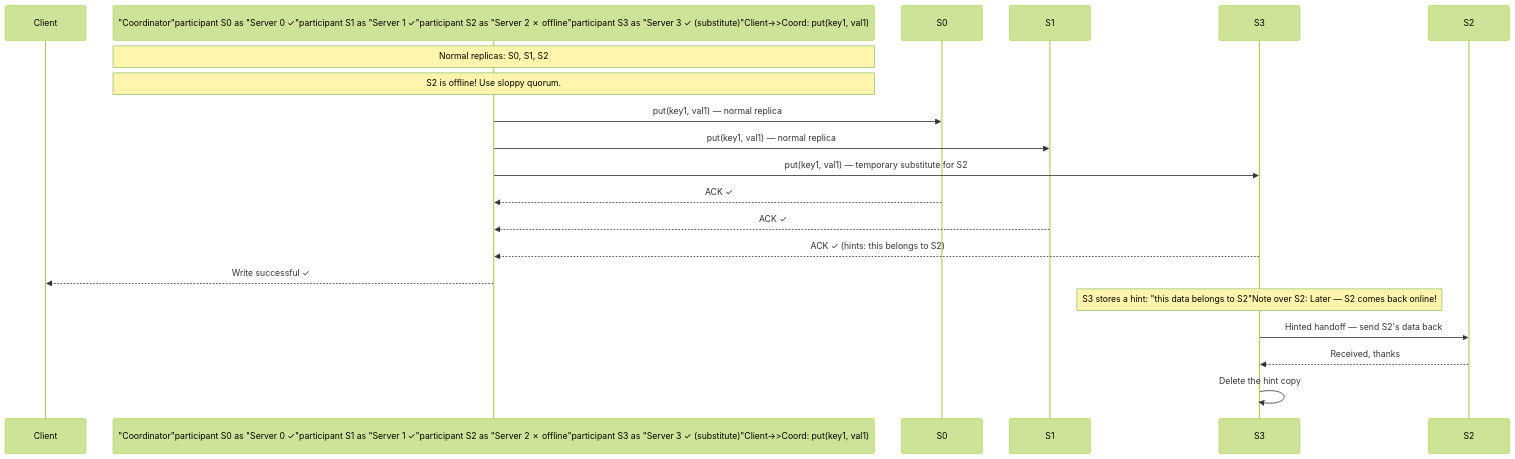
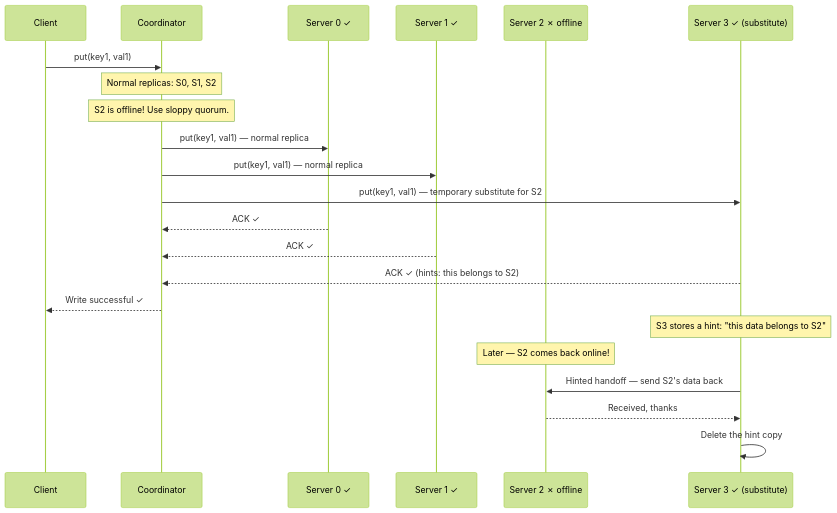
Before and after one commit to devops-monk/system-design-blog: diagram 13 of 22 in content/posts/2026/design-a-key-value-store.md, drawn with Mermaid (forest theme). The commit also changed other lines of this file and 4 other files, not shown here.

First line of the commit message:
fix(diagrams): repair mermaid blocks broken by the emoji strip

````diff
--- a/content/posts/2026/design-a-key-value-store.md
+++ b/content/posts/2026/design-a-key-value-store.md
@@ -431,19 +459,26 @@
 ```mermaid
 sequenceDiagram
     participant Client
-    participant Coord as "Coordinator"participant S0 as "Server 0 ✓"participant S1 as "Server 1 ✓"participant S2 as "Server 2 ✗ offline"participant S3 as "Server 3 ✓ (substitute)"Client->>Coord: put(key1, val1)
+    participant Coord as Coordinator
+    participant S0 as Server 0 ✓
+    participant S1 as Server 1 ✓
+    participant S2 as Server 2 ✗ offline
+    participant S3 as Server 3 ✓ (substitute)
+    Client->>Coord: put(key1, val1)
     Note over Coord: Normal replicas: S0, S1, S2
     Note over Coord: S2 is offline! Use sloppy quorum.
     Coord->>S0: put(key1, val1) — normal replica
     Coord->>S1: put(key1, val1) — normal replica
     Coord->>S3: put(key1, val1) — temporary substitute for S2
     S0-->>Coord: ACK ✓
     S1-->>Coord: ACK ✓
     S3-->>Coord: ACK ✓ (hints: this belongs to S2)
     Coord-->>Client: Write successful ✓
 
-    Note over S3: S3 stores a hint: "this data belongs to S2"Note over S2: Later — S2 comes back online!
+    Note over S3: S3 stores a hint: "this data belongs to S2"
+
+    Note over S2: Later — S2 comes back online!
     S3->>S2: Hinted handoff — send S2's data back
     S2-->>S3: Received, thanks
     S3->>S3: Delete the hint copy
 ```
````
